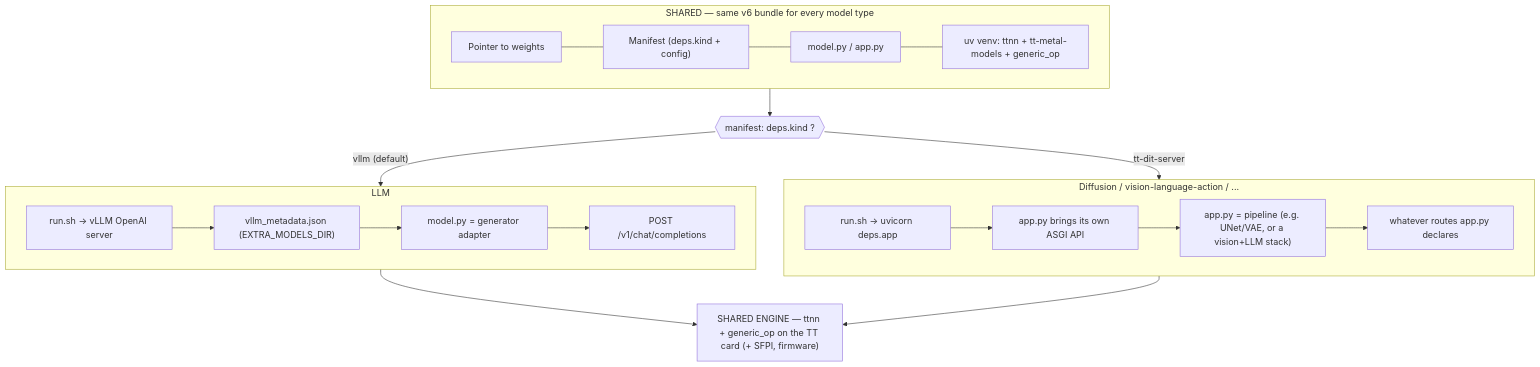
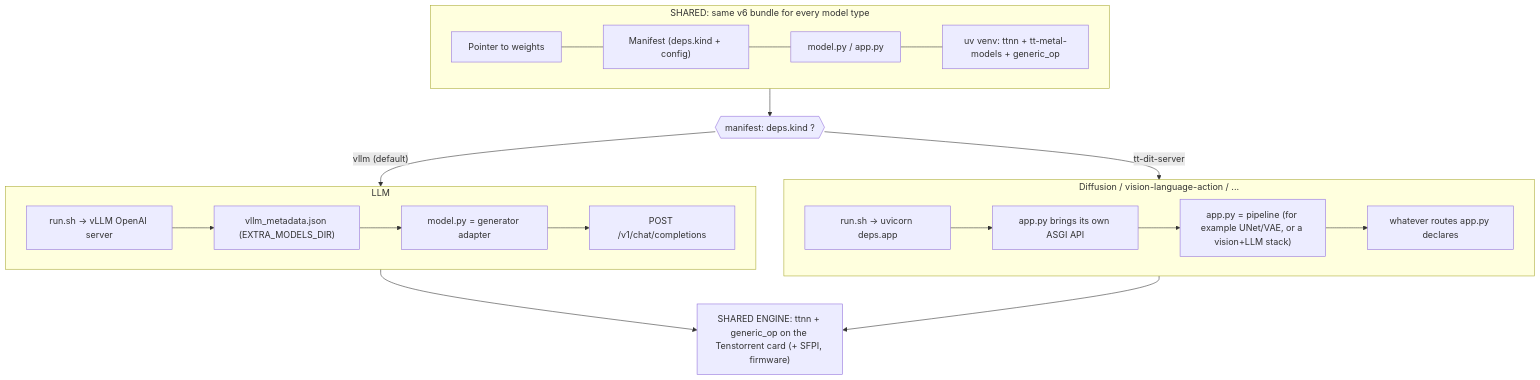
One commit to tenstorrent/tt-model-manager changed the diagram in docs/thin_packages.md. Above: the diagram before and after it, drawn with Mermaid. The commit also changed other lines of this file and 12 other files, not shown here.

````diff
--- a/docs/thin_packages.md
+++ b/docs/thin_packages.md
@@ -106,17 +108,17 @@
 ```mermaid
 flowchart TB
-  subgraph shared1["SHARED — same v6 bundle for every model type"]
+  subgraph shared1["SHARED: same v6 bundle for every model type"]
     w["Pointer to weights"] --- man["Manifest (deps.kind + config)"] --- mp["model.py / app.py"] --- venv["uv venv: ttnn + tt-metal-models + generic_op"]
   end
   shared1 --> fork{{"manifest: deps.kind ?"}}
   fork -->|"vllm  (default)"| llm
   fork -->|"tt-dit-server"| other
   subgraph llm["LLM"]
     l1["run.sh → vLLM OpenAI server"] --> l2["vllm_metadata.json (EXTRA_MODELS_DIR)"] --> l3["model.py = generator adapter"] --> l4["POST /v1/chat/completions"]
   end
   subgraph other["Diffusion / vision-language-action / ..."]
-    o1["run.sh → uvicorn deps.app"] --> o2["app.py brings its own ASGI API"] --> o3["app.py = pipeline (e.g. UNet/VAE, or a vision+LLM stack)"] --> o4["whatever routes app.py declares"]
+    o1["run.sh → uvicorn deps.app"] --> o2["app.py brings its own ASGI API"] --> o3["app.py = pipeline (for example UNet/VAE, or a vision+LLM stack)"] --> o4["whatever routes app.py declares"]
   end
-  llm --> eng["SHARED ENGINE — ttnn + generic_op on the TT card (+ SFPI, firmware)"]
+  llm --> eng["SHARED ENGINE: ttnn + generic_op on the Tenstorrent card (+ SFPI, firmware)"]
   other --> eng
 ```
````
